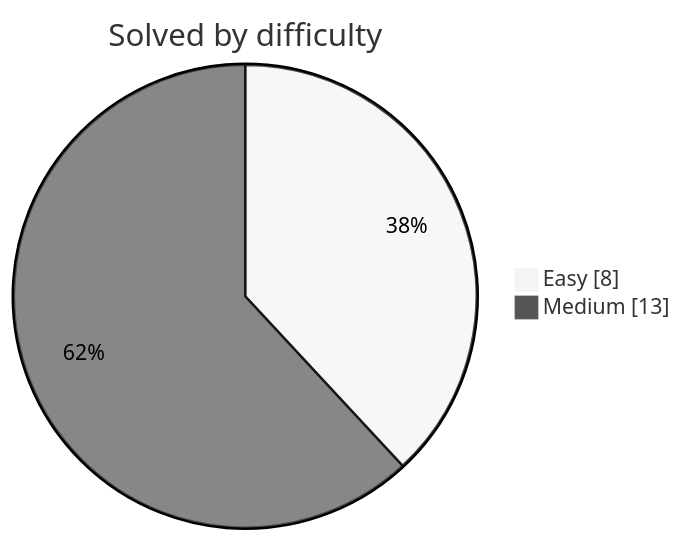
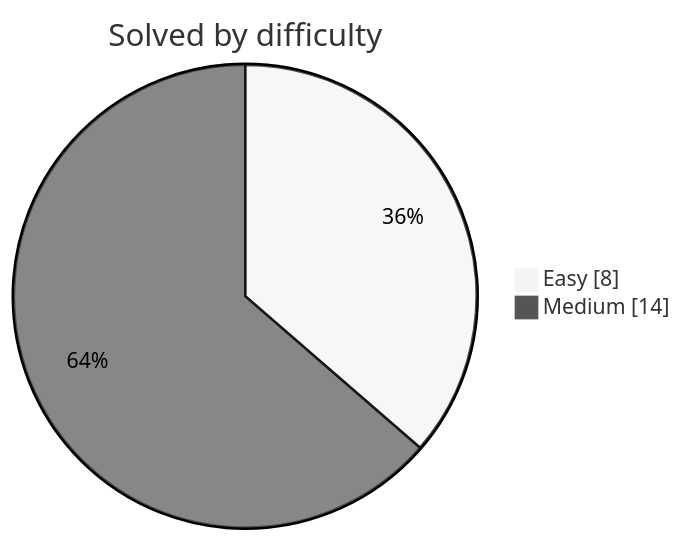
One commit to DwijeshD/leetcode-solutions changed the diagram in README.md. Above: the diagram before and after it, drawn with Mermaid (neutral theme). The commit also changed other lines of this file and 2 other files, not shown here.

````diff
--- a/README.md
+++ b/README.md
@@ -31,6 +31,6 @@
 ```mermaid
 pie showData
     title Solved by difficulty
     "Easy" : 8
-    "Medium" : 13
+    "Medium" : 14
 ```
````
